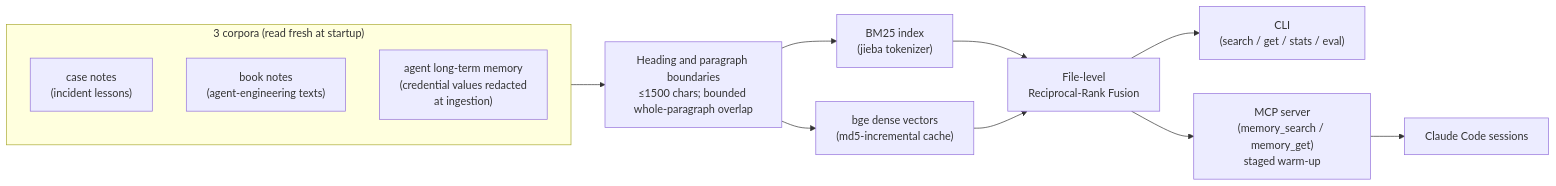
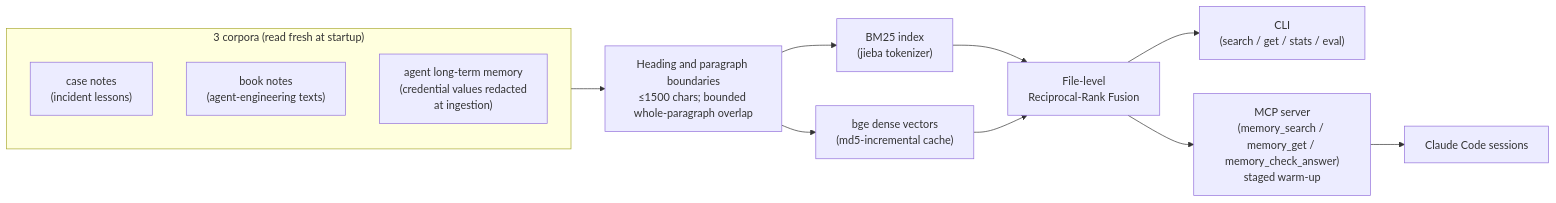
Before and after one commit to nameishardright/memory-rag: the diagram in README.md, drawn with Mermaid. The commit also changed 11 other files, not shown here.

````diff
--- a/README.md
+++ b/README.md
@@ -11,16 +11,16 @@
 ```mermaid
 flowchart LR
     subgraph Corpora["3 corpora (read fresh at startup)"]
         A["case notes<br/>(incident lessons)"]
         B["book notes<br/>(agent-engineering texts)"]
         C["agent long-term memory<br/>(credential values redacted<br/>at ingestion)"]
     end
     Corpora --> CH["Heading and paragraph boundaries<br/>≤1500 chars; bounded whole-paragraph overlap"]
     CH --> IDX1["BM25 index<br/>(jieba tokenizer)"]
     CH --> IDX2["bge dense vectors<br/>(md5-incremental cache)"]
     IDX1 --> F["File-level<br/>Reciprocal-Rank Fusion"]
     IDX2 --> F
     F --> CLI["CLI<br/>(search / get / stats / eval)"]
-    F --> MCP["MCP server<br/>(memory_search / memory_get)<br/>staged warm-up"]
+    F --> MCP["MCP server<br/>(memory_search / memory_get / memory_check_answer)<br/>staged warm-up"]
     MCP --> CC["Claude Code sessions"]
 ```
````
